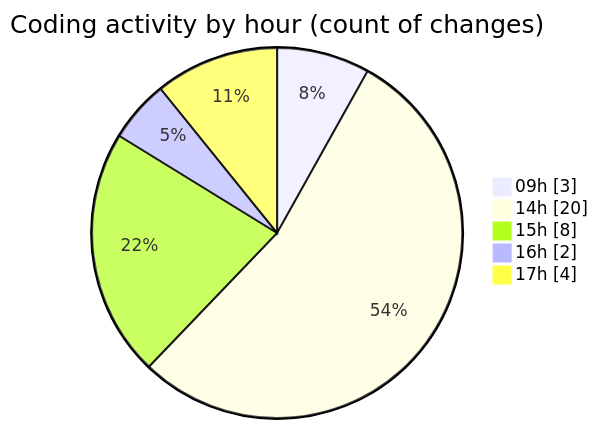
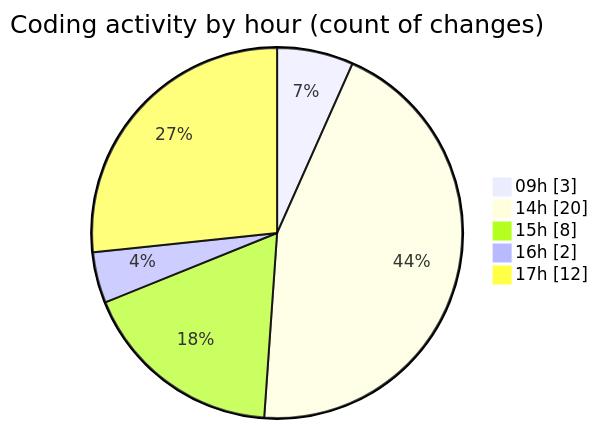
The second of 2 diagrams in 2025-10-14/eventscop-frontend-guide__workspace_/README.md (julien-gomy/code-tracking), drawn with Mermaid before and after one commit. The commit also changed other lines of this file and 1 other file, not shown here.

````diff
--- a/2025-10-14/eventscop-frontend-guide__workspace_/README.md
+++ b/2025-10-14/eventscop-frontend-guide__workspace_/README.md
@@ -40,9 +44,9 @@
 ```mermaid
 pie showData
 title Coding activity by hour (count of changes)
 "09h" : 3
 "14h" : 20
 "15h" : 8
 "16h" : 2
-"17h" : 4
+"17h" : 12
 ```
````
